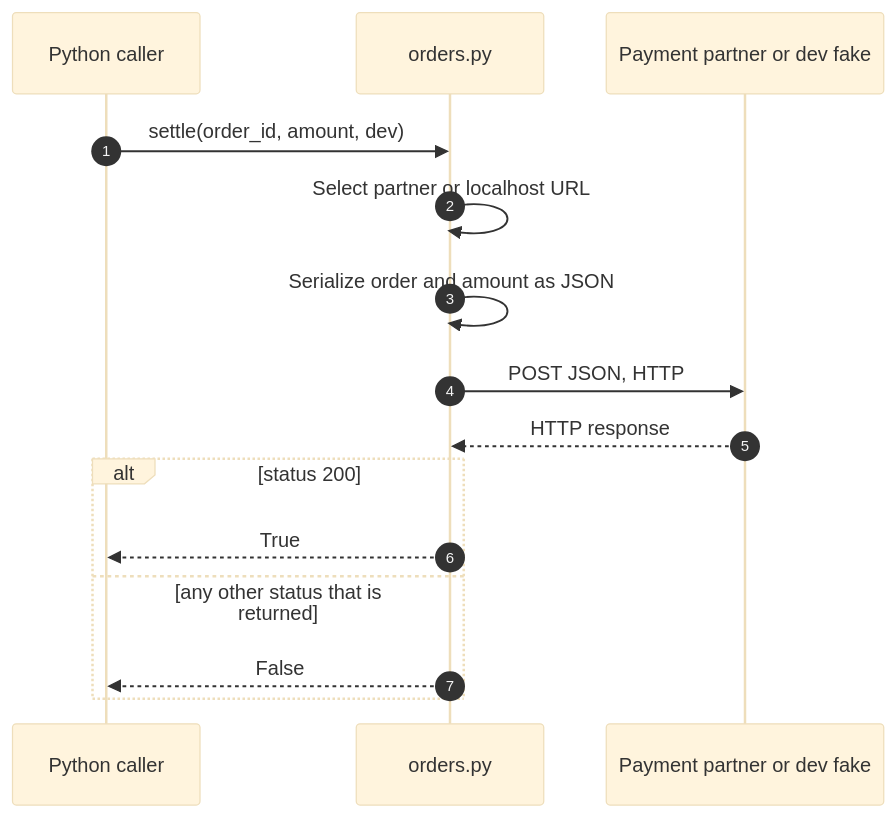
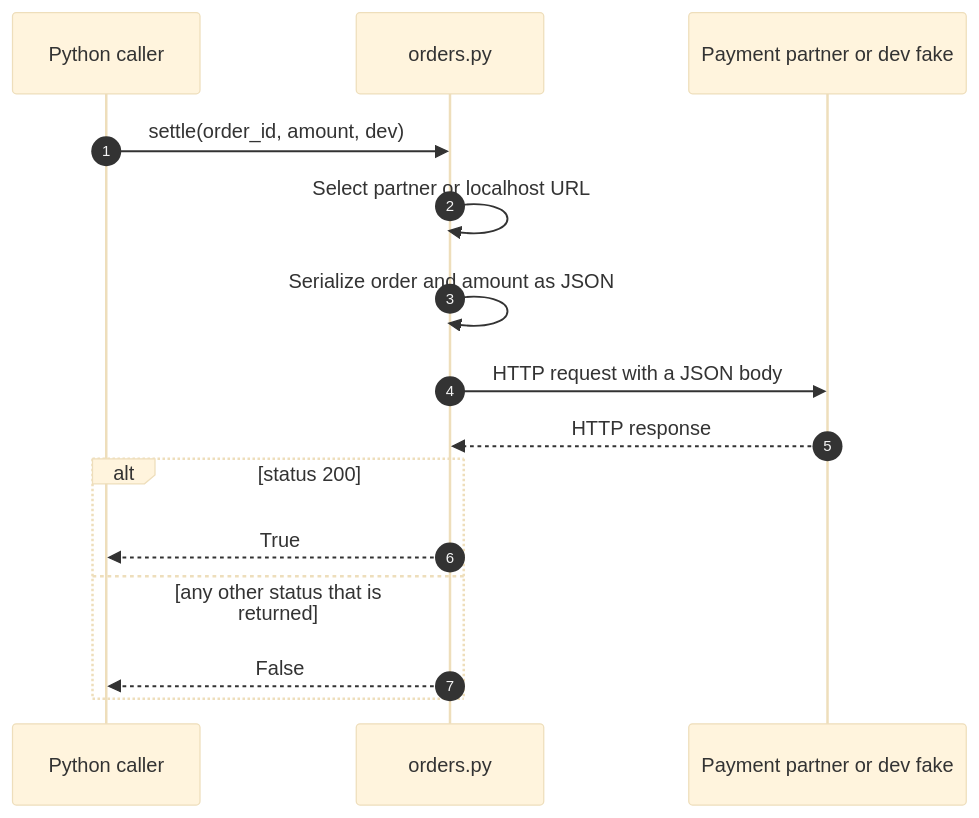
One commit to vishalc412/bible-mode-b-test changed the eighth of 10 diagrams in codebase-analysis/hld/05-key-flows.md. Above: the diagram before and after it, drawn with Mermaid (base theme). The commit also changed other lines of this file and 32 other files, not shown here.

````diff
--- a/codebase-analysis/hld/05-key-flows.md
+++ b/codebase-analysis/hld/05-key-flows.md
@@ -356,17 +364,17 @@
 ```mermaid
 sequenceDiagram
   autonumber
   participant Caller as Python caller
   participant Orders as orders.py
   participant Partner as Payment partner or dev fake
   Caller->>Orders: settle(order_id, amount, dev)
   Orders->>Orders: Select partner or localhost URL
   Orders->>Orders: Serialize order and amount as JSON
-  Orders->>Partner: POST JSON, HTTP
+  Orders->>Partner: HTTP request with a JSON body
   Partner-->>Orders: HTTP response
   alt status 200
     Orders-->>Caller: True
   else any other status that is returned
     Orders-->>Caller: False
   end
 ```
````
